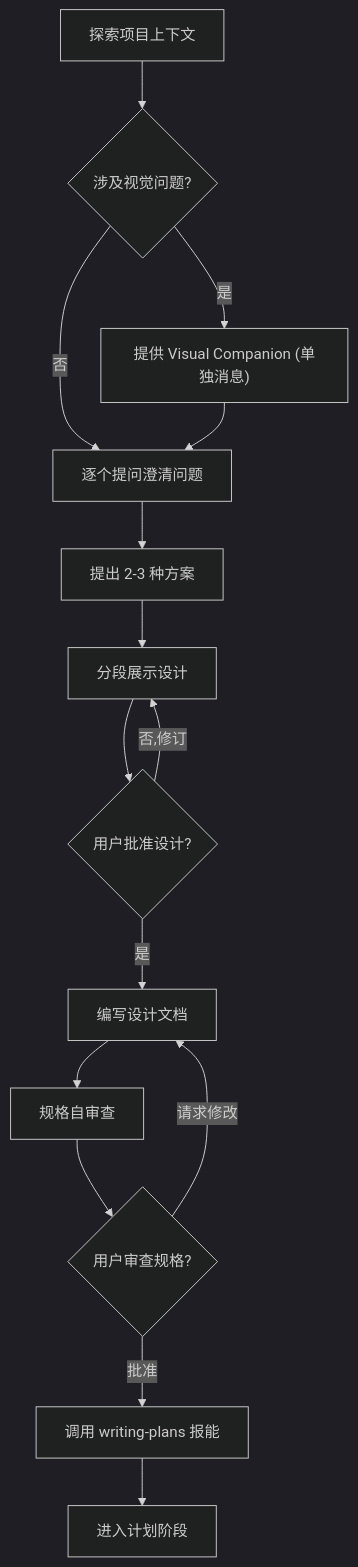
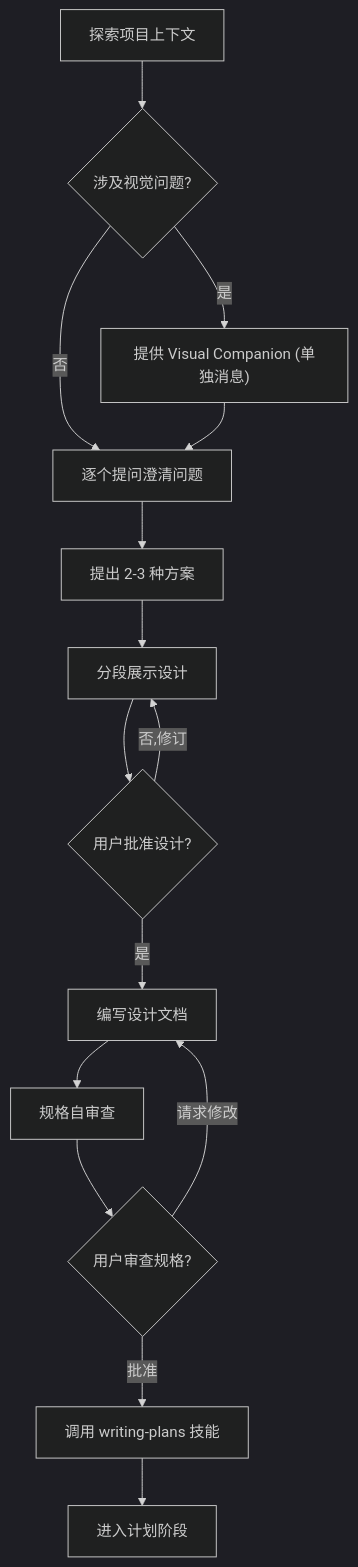
Before and after one commit to Jiraiya8/superpowers: the fourth of 20 diagrams in docs/superpowers-flowcharts.md, drawn with Mermaid (dark theme). The commit also changed other lines of this file and 1 other file, not shown here.

````diff
--- a/docs/superpowers-flowcharts.md
+++ b/docs/superpowers-flowcharts.md
@@ -136,25 +136,25 @@
 ```mermaid
 graph TB
     ExploreContext["探索项目上下文"] --> VisualQ{"涉及视觉问题?"}
     
     VisualQ -->|"是"| OfferVisual["提供 Visual Companion (单独消息)"]
     VisualQ -->|"否"| AskQuestions["逐个提问澄清问题"]
     
     OfferVisual --> AskQuestions
     
     AskQuestions --> ProposeApproaches["提出 2-3 种方案"]
     ProposeApproaches --> PresentDesign["分段展示设计"]
     
     PresentDesign --> UserApprove{"用户批准设计?"}
     
     UserApprove -->|"否,修订"| PresentDesign
     UserApprove -->|"是"| WriteDesignDoc["编写设计文档"]
     
     WriteDesignDoc --> SpecSelfReview["规格自审查"]
     SpecSelfReview --> UserReviewSpec{"用户审查规格?"}
     
     UserReviewSpec -->|"请求修改"| WriteDesignDoc
-    UserReviewSpec -->|"批准"| InvokeWritingPlans["调用 writing-plans 报能"]
+    UserReviewSpec -->|"批准"| InvokeWritingPlans["调用 writing-plans 技能"]
     
     InvokeWritingPlans --> End["进入计划阶段"]
 ```
````
